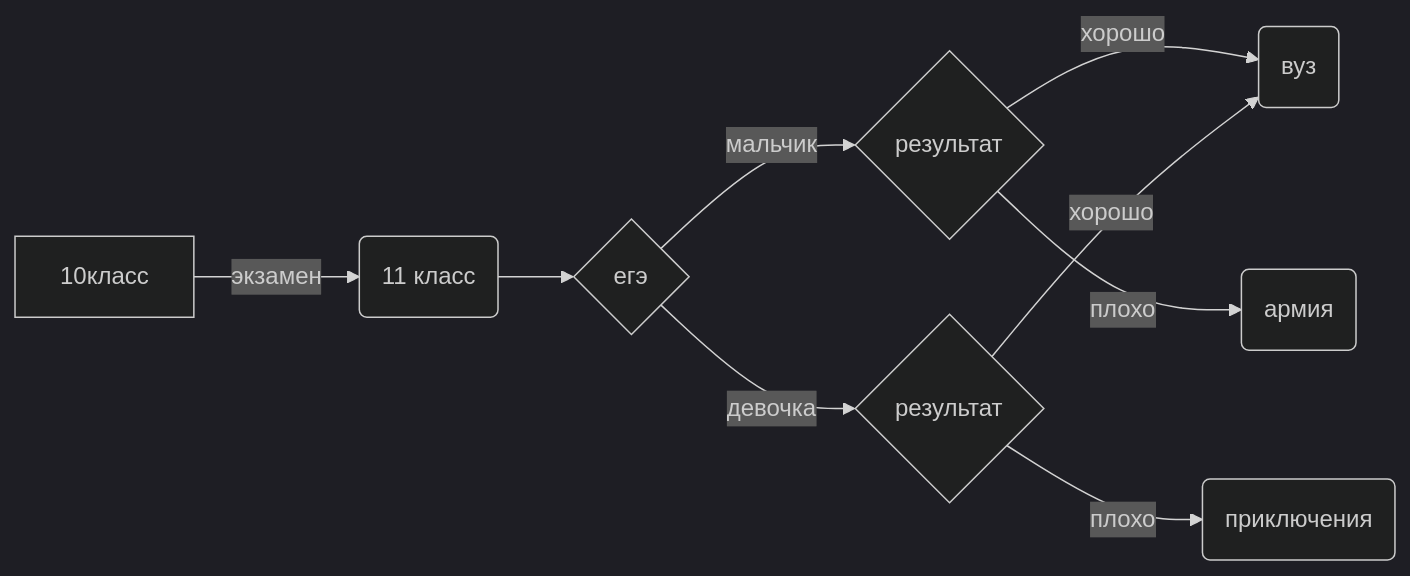
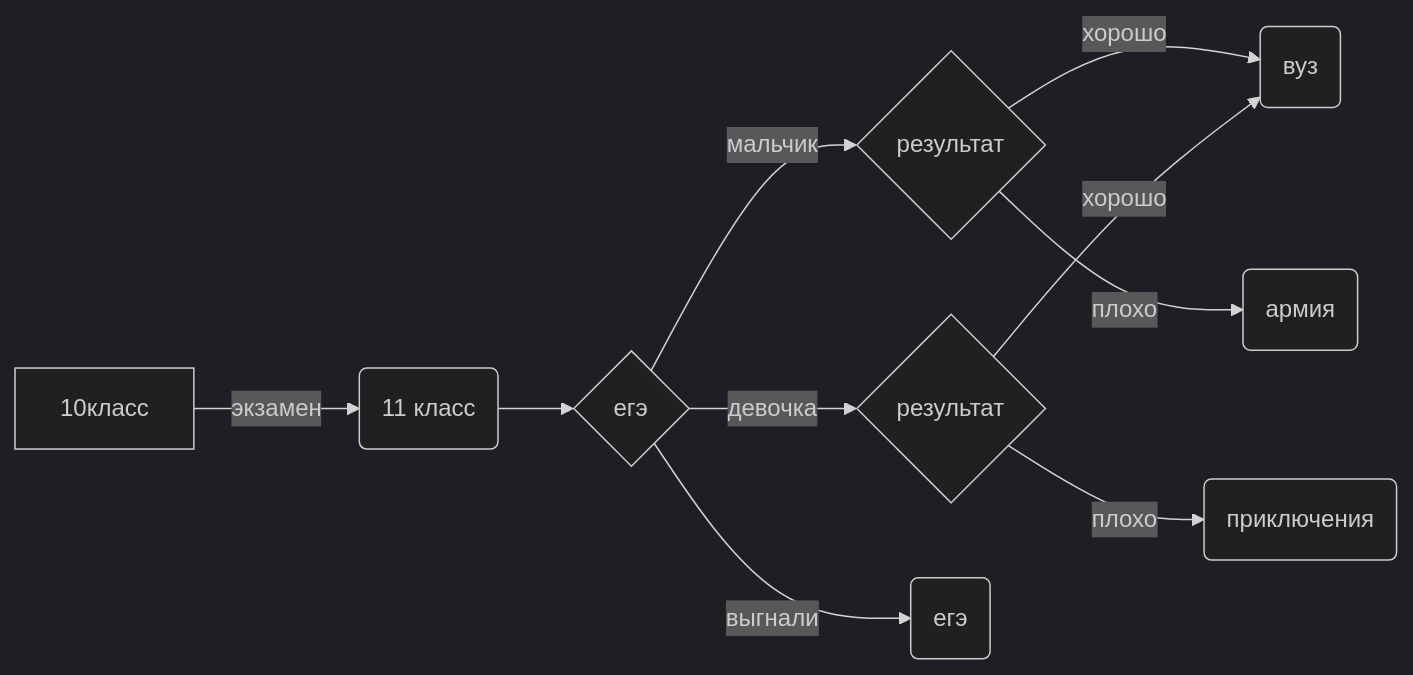
One commit to nmt132/132-NOVIKOV changed the diagram in README.md. Above: the diagram before and after it, drawn with Mermaid (dark theme).

````diff
--- a/README.md
+++ b/README.md
@@ -31,12 +31,13 @@
 ```mermaid
 flowchart LR
 
 A[10класс] -->|экзамен| B(11 класс)
 B --> C{егэ}
 C -->|мальчик| D{результат}
 C -->|девочка| E{результат}
 D -->|хорошо|F(вуз)
+E -->|хорошо|F(вуз)
 D -->|плохо|G(армия)
-E -->|хорошо|F(вуз)
 E -->|плохо|H(приключения)
+C -->|выгнали|С(егэ)
 ```
````
